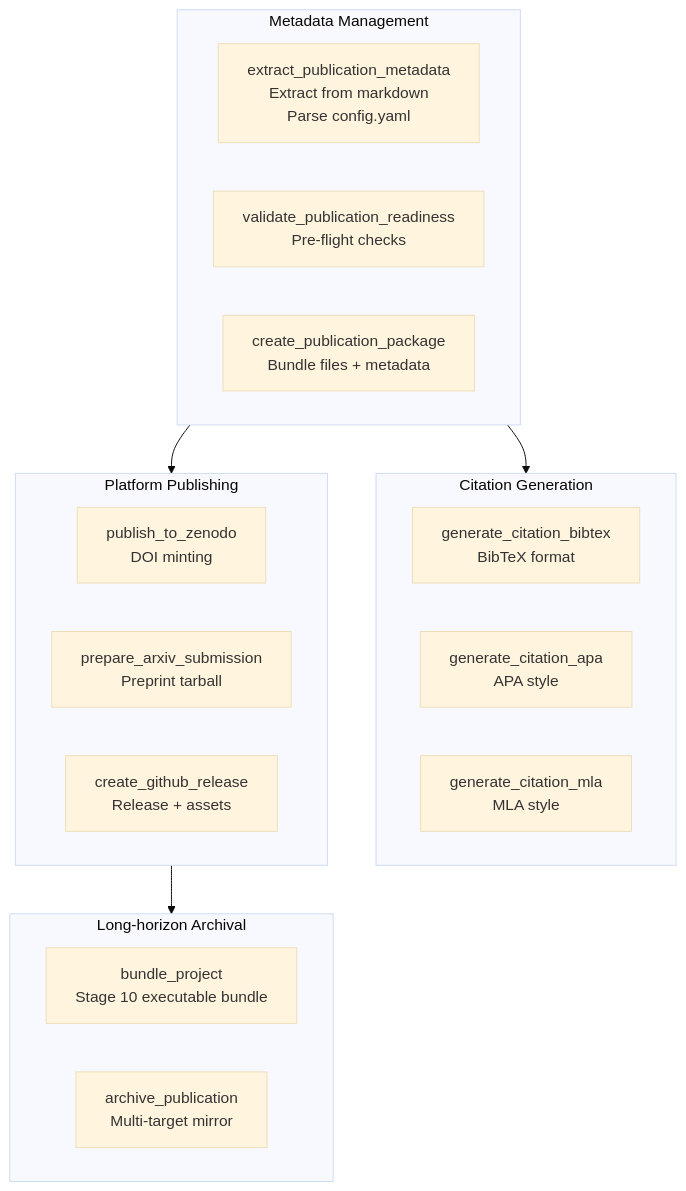
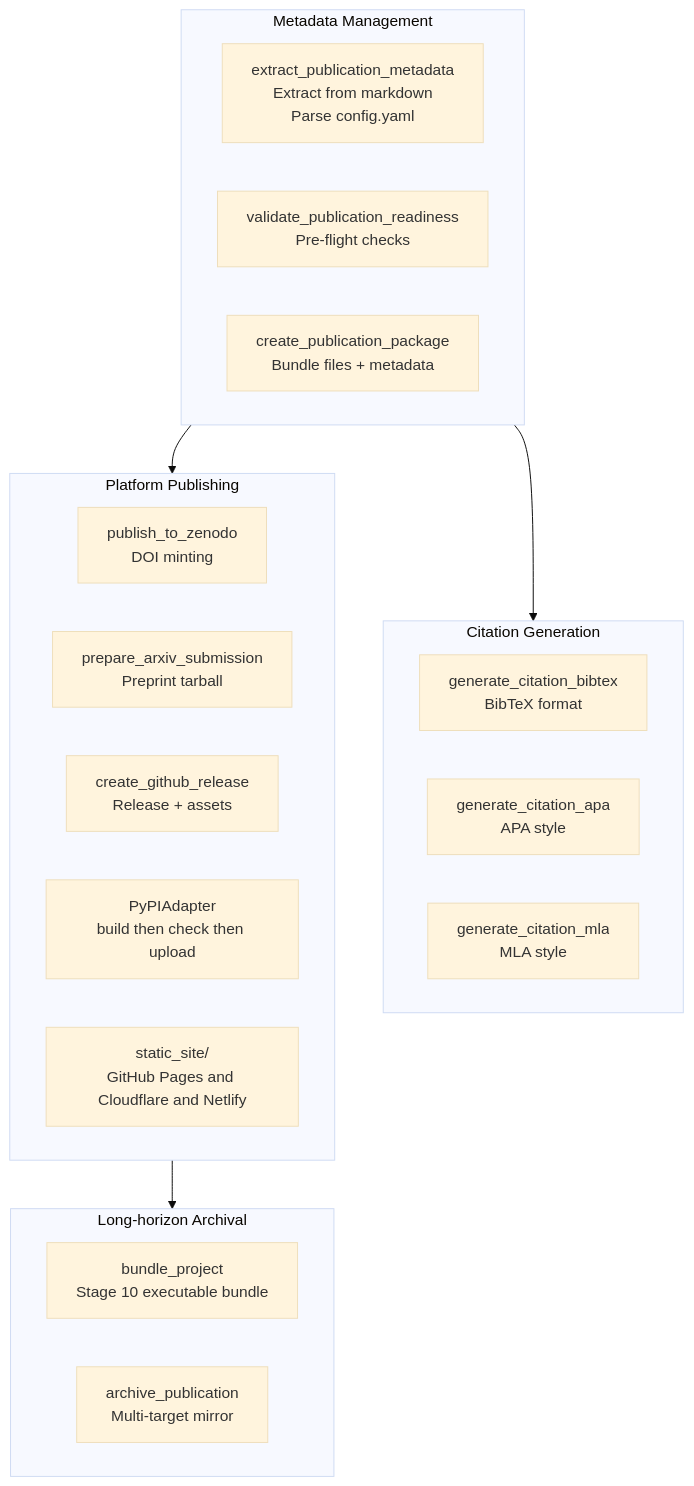
Before and after one commit to docxology/template: the diagram in infrastructure/publishing/README.md, drawn with Mermaid (base theme). The commit also changed other lines of this file and 91 other files, not shown here.

````diff
--- a/infrastructure/publishing/README.md
+++ b/infrastructure/publishing/README.md
@@ -35,29 +67,31 @@
 ```mermaid
 graph TD
     subgraph Metadata["Metadata Management"]
         EXTRACT[extract_publication_metadata<br/>Extract from markdown<br/>Parse config.yaml]
         READINESS[validate_publication_readiness<br/>Pre-flight checks]
         PACKAGE[create_publication_package<br/>Bundle files + metadata]
     end
 
     subgraph Citations["Citation Generation"]
         BIBTEX[generate_citation_bibtex<br/>BibTeX format]
         APA[generate_citation_apa<br/>APA style]
         MLA[generate_citation_mla<br/>MLA style]
     end
 
     subgraph Platforms["Platform Publishing"]
         ZENODO[publish_to_zenodo<br/>DOI minting]
         ARXIV[prepare_arxiv_submission<br/>Preprint tarball]
         GITHUB[create_github_release<br/>Release + assets]
+        PYPI[PyPIAdapter<br/>build then check then upload]
+        STATIC[static_site/<br/>GitHub Pages and Cloudflare and Netlify]
     end
 
     subgraph Archival["Long-horizon Archival"]
         BUNDLE[bundle_project<br/>Stage 10 executable bundle]
         ARCHIVE[archive_publication<br/>Multi-target mirror]
     end
 
     Metadata --> Citations
     Metadata --> Platforms
     Platforms --> Archival
 ```
````
